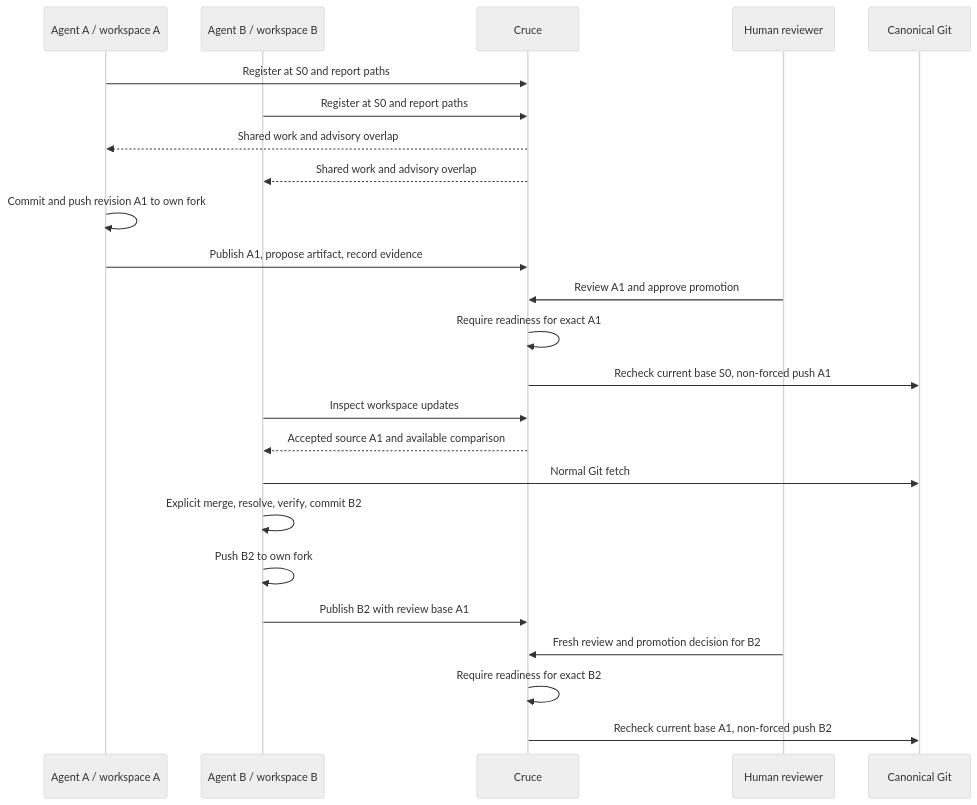
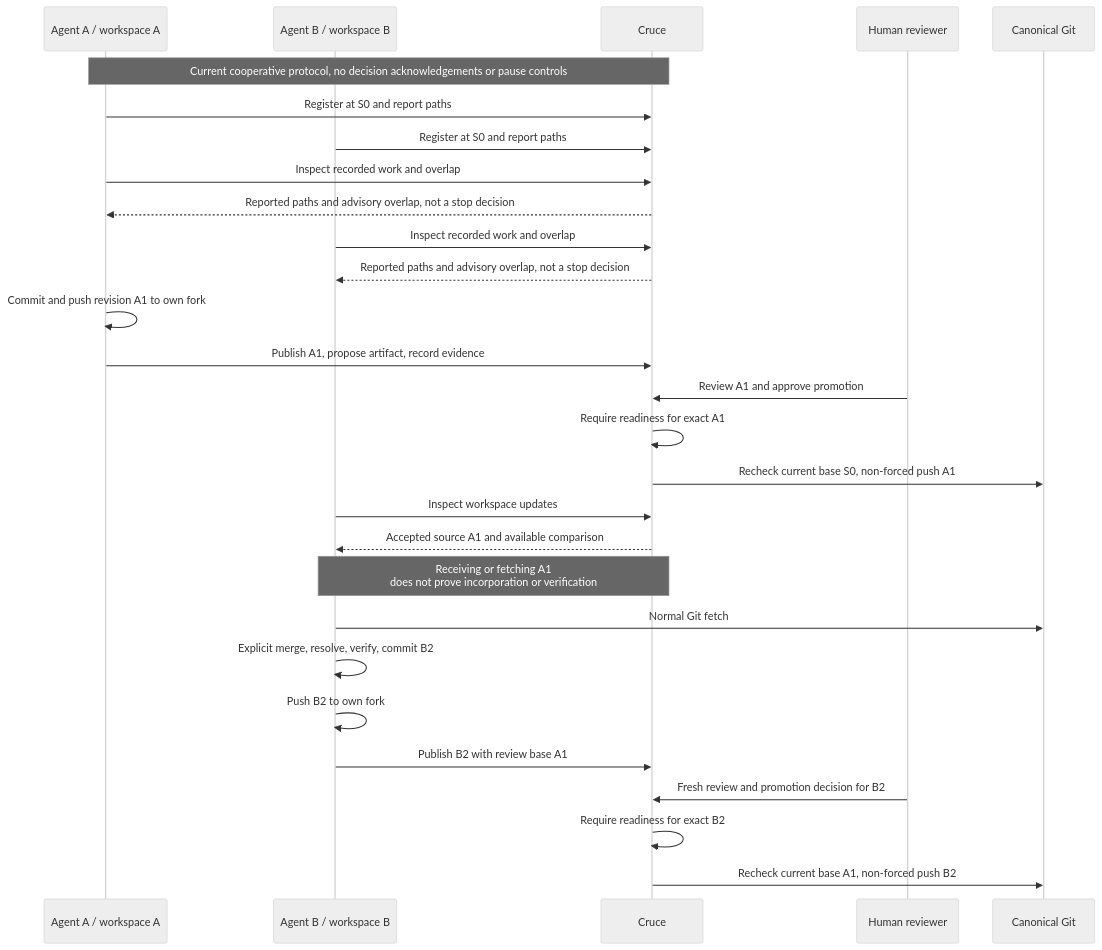
One commit to acltabontabon/cruce changed the third of 3 diagrams in docs/architecture.md. Above: the diagram before and after it, drawn with Mermaid (neutral theme). The commit also changed other lines of this file and 8 other files, not shown here.

````diff
--- a/docs/architecture.md
+++ b/docs/architecture.md
@@ -125,26 +129,30 @@
 ```mermaid
 sequenceDiagram
     participant A as Agent A / workspace A
     participant B as Agent B / workspace B
     participant C as Cruce
     participant H as Human reviewer
     participant G as Canonical Git
+    Note over A,C: Current cooperative protocol, no decision acknowledgements or pause controls
     A->>C: Register at S0 and report paths
     B->>C: Register at S0 and report paths
-    C-->>A: Shared work and advisory overlap
-    C-->>B: Shared work and advisory overlap
+    A->>C: Inspect recorded work and overlap
+    C-->>A: Reported paths and advisory overlap, not a stop decision
+    B->>C: Inspect recorded work and overlap
+    C-->>B: Reported paths and advisory overlap, not a stop decision
     A->>A: Commit and push revision A1 to own fork
     A->>C: Publish A1, propose artifact, record evidence
     H->>C: Review A1 and approve promotion
     C->>C: Require readiness for exact A1
     C->>G: Recheck current base S0, non-forced push A1
     B->>C: Inspect workspace updates
     C-->>B: Accepted source A1 and available comparison
+    Note over B,C: Receiving or fetching A1<br/>does not prove incorporation or verification
     B->>G: Normal Git fetch
     B->>B: Explicit merge, resolve, verify, commit B2
     B->>B: Push B2 to own fork
     B->>C: Publish B2 with review base A1
     H->>C: Fresh review and promotion decision for B2
     C->>C: Require readiness for exact B2
     C->>G: Recheck current base A1, non-forced push B2
 ```
````
